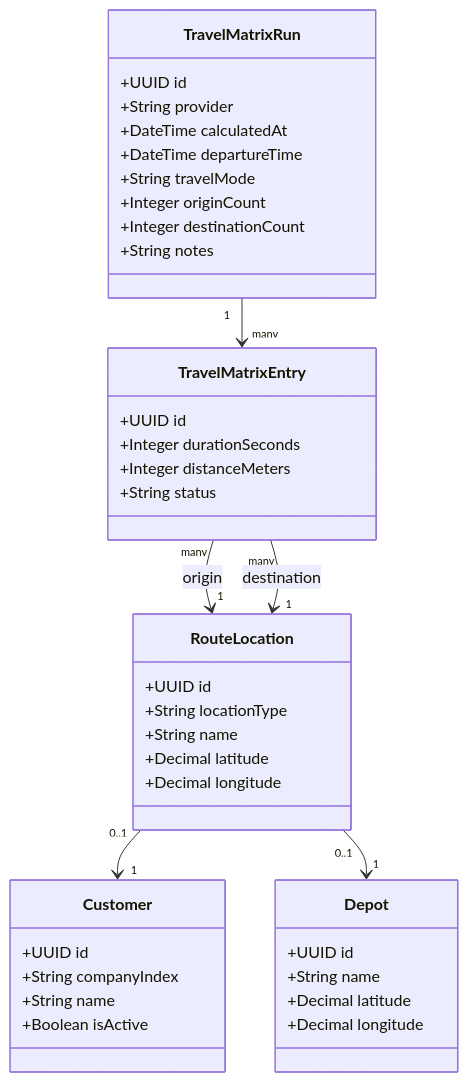
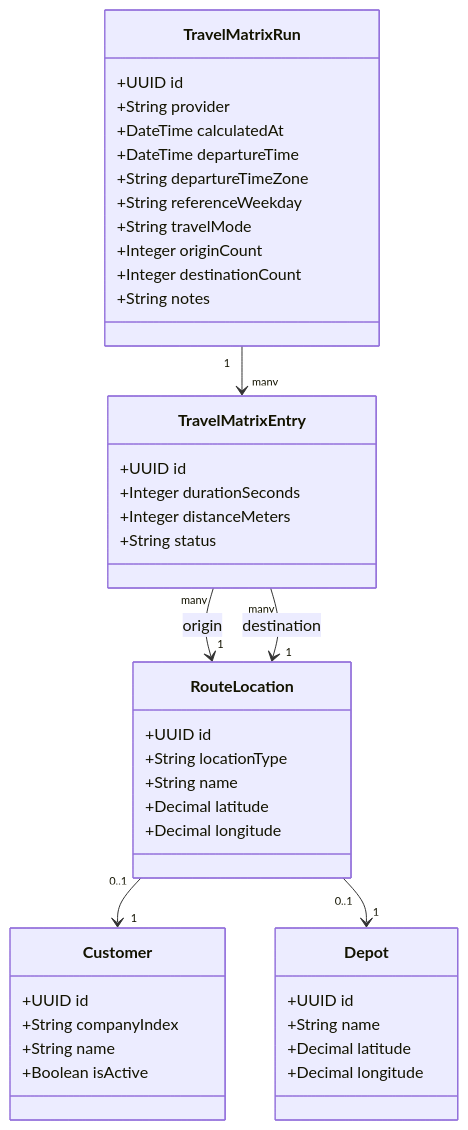
The first of 2 diagrams in docs/modeling/optimization-data-model.md (Svenson-Maximus/RouteOptimizationApp), drawn with Mermaid before and after one commit. The commit also changed other lines of this file and 18 other files, not shown here.

````diff
--- a/docs/modeling/optimization-data-model.md
+++ b/docs/modeling/optimization-data-model.md
@@ -27,48 +29,50 @@
 ```mermaid
 classDiagram
     class TravelMatrixRun {
         +UUID id
         +String provider
         +DateTime calculatedAt
         +DateTime departureTime
+        +String departureTimeZone
+        +String referenceWeekday
         +String travelMode
         +Integer originCount
         +Integer destinationCount
         +String notes
     }
 
     class TravelMatrixEntry {
         +UUID id
         +Integer durationSeconds
         +Integer distanceMeters
         +String status
     }
 
     class RouteLocation {
         +UUID id
         +String locationType
         +String name
         +Decimal latitude
         +Decimal longitude
     }
 
     class Customer {
         +UUID id
         +String companyIndex
         +String name
         +Boolean isActive
     }
 
     class Depot {
         +UUID id
         +String name
         +Decimal latitude
         +Decimal longitude
     }
 
     TravelMatrixRun "1" --> "many" TravelMatrixEntry
     TravelMatrixEntry "many" --> "1" RouteLocation : origin
     TravelMatrixEntry "many" --> "1" RouteLocation : destination
     RouteLocation "0..1" --> "1" Customer
     RouteLocation "0..1" --> "1" Depot
 ```
````
